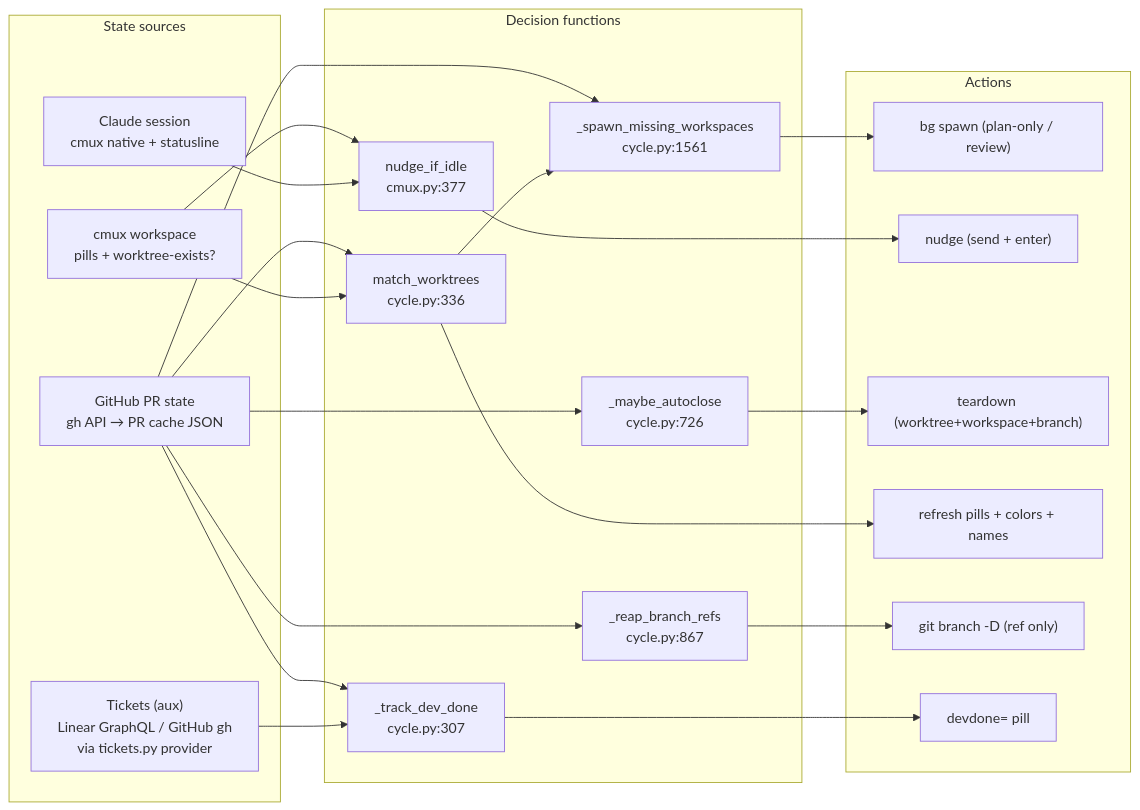
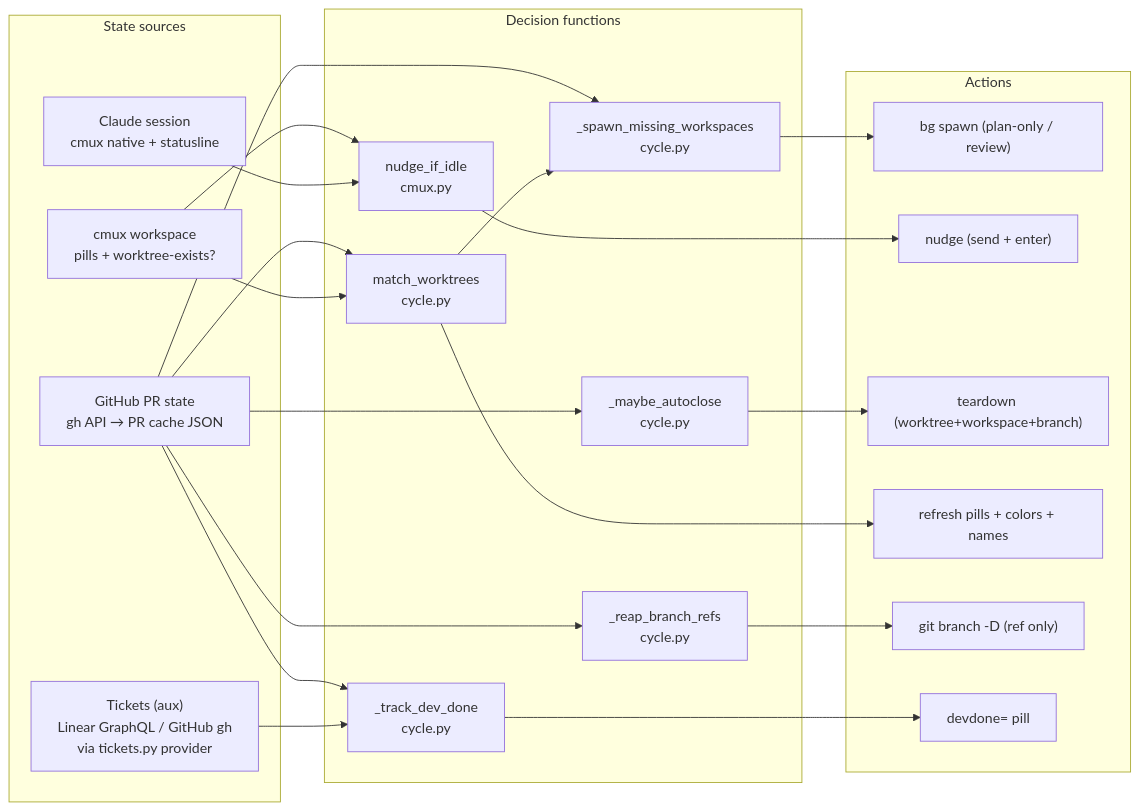
One commit to khivi/cockpit changed the first of 5 diagrams in docs/state-machine.md. Above: the diagram before and after it, drawn with Mermaid. The commit also changed other lines of this file, not shown here.

Commit message:
docs(state-machine): drop drift-prone line numbers from diagram nodes
The :NNN suffixes on the orientation-map nodes (and the section 3 header)
re-break on every cycle.py refactor. Function names are stable and
grep-able; keep just file::symbol so the diagrams stay correct without
manual line-number upkeep.

````diff
--- a/docs/state-machine.md
+++ b/docs/state-machine.md
@@ -26,41 +26,41 @@
 ```mermaid
 flowchart LR
   subgraph SRC["State sources"]
     GH["GitHub PR state<br/>gh API → PR cache JSON"]
     CL["Claude session<br/>cmux native + statusline"]
     CM["cmux workspace<br/>pills + worktree-exists?"]
     LIN["Tickets (aux)<br/>Linear GraphQL / GitHub gh<br/>via tickets.py provider"]
   end
 
   subgraph DEC["Decision functions"]
-    MW["match_worktrees<br/>cycle.py:336"]
-    SM["_spawn_missing_workspaces<br/>cycle.py:1561"]
-    NI["nudge_if_idle<br/>cmux.py:377"]
-    DD["_track_dev_done<br/>cycle.py:307"]
-    AC["_maybe_autoclose<br/>cycle.py:726"]
-    BR["_reap_branch_refs<br/>cycle.py:867"]
+    MW["match_worktrees<br/>cycle.py"]
+    SM["_spawn_missing_workspaces<br/>cycle.py"]
+    NI["nudge_if_idle<br/>cmux.py"]
+    DD["_track_dev_done<br/>cycle.py"]
+    AC["_maybe_autoclose<br/>cycle.py"]
+    BR["_reap_branch_refs<br/>cycle.py"]
   end
 
   subgraph ACT["Actions"]
     A1["bg spawn (plan-only / review)"]
     A2["nudge (send + enter)"]
     A4["teardown (worktree+workspace+branch)"]
     A5["refresh pills + colors + names"]
     A6["git branch -D (ref only)"]
     A7["devdone= pill"]
   end
 
   GH --> MW & SM & AC & BR
   GH --> DD
   CM --> MW & NI
   CL --> NI
   LIN --> DD
 
   MW --> SM
   SM --> A1
   NI --> A2
   AC --> A4
   MW --> A5
   BR --> A6
   DD --> A7
 ```
````
